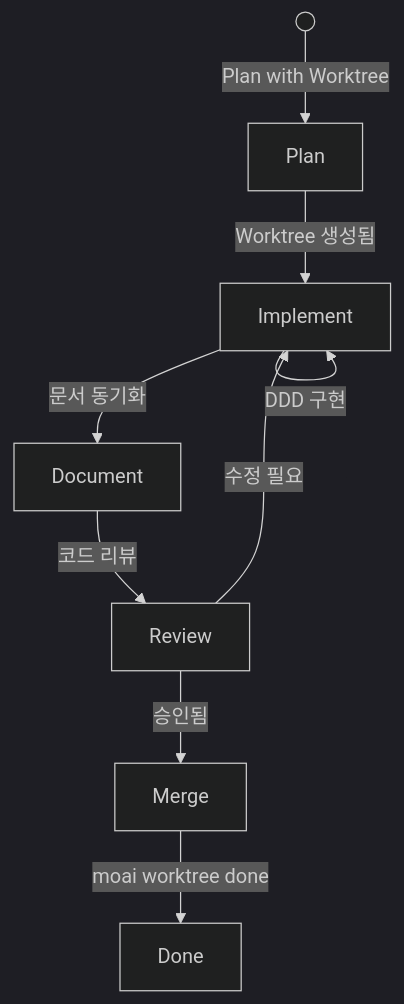
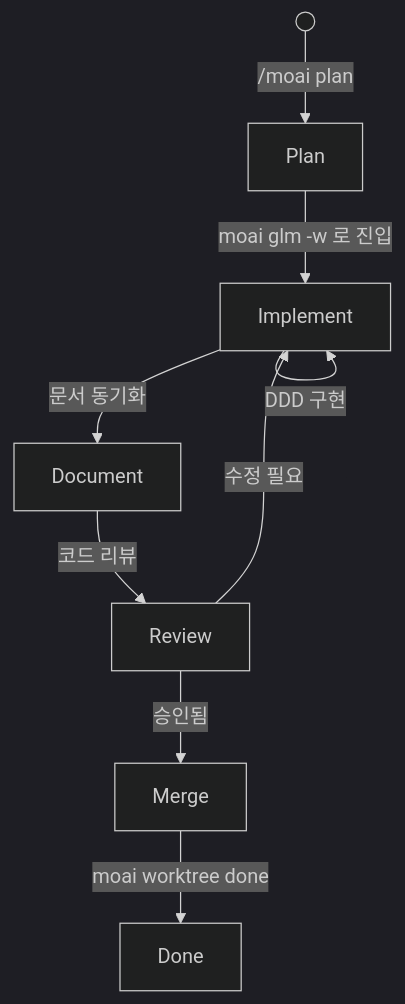
Before and after one commit to modu-ai/moai-adk: the fourth of 9 diagrams in docs-site/content/ko/worktree/guide.md, drawn with Mermaid (dark theme). The commit also changed other lines of this file and 35 other files, not shown here.

````diff
--- a/docs-site/content/ko/worktree/guide.md
+++ b/docs-site/content/ko/worktree/guide.md
@@ -454,11 +385,11 @@
 ```mermaid
 flowchart TD
-    Start(( )) -->|"Plan with Worktree"| Plan["Plan"]
-    Plan -->|"Worktree 생성됨"| Implement["Implement"]
+    Start(( )) -->|"/moai plan"| Plan["Plan"]
+    Plan -->|"moai glm -w 로 진입"| Implement["Implement"]
     Implement -->|"DDD 구현"| Implement
     Implement -->|"문서 동기화"| Document["Document"]
     Document -->|"코드 리뷰"| Review["Review"]
     Review -->|"승인됨"| Merge["Merge"]
     Review -->|"수정 필요"| Implement
     Merge -->|"moai worktree done"| Done["Done"]
 ```
````
